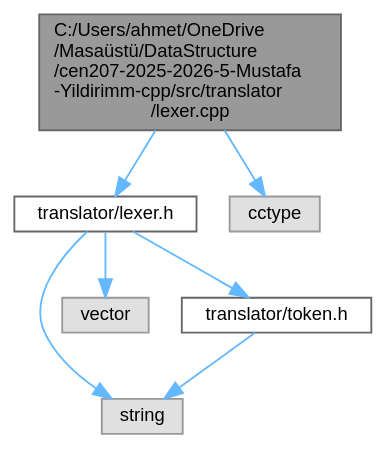
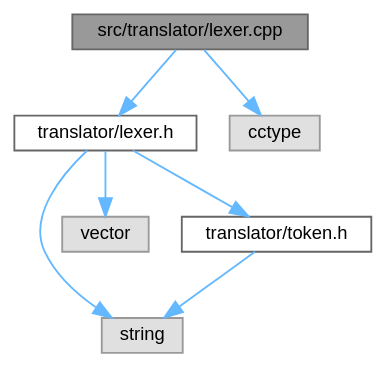
Before and after one commit to mustafayldrnn/cen207-2025-2026-5-Mustafa-Yildirimm-cpp: the diagram in docs/doxygenlibwin/rtf/lexer_8cpp__incl.dot, drawn with Graphviz. The commit also changed 861 other files, not shown here.

```diff
--- a/docs/doxygenlibwin/rtf/lexer_8cpp__incl.dot
+++ b/docs/doxygenlibwin/rtf/lexer_8cpp__incl.dot
@@ -1,20 +1,20 @@
-digraph "C:/Users/ahmet/OneDrive/Masaüstü/DataStructure/cen207-2025-2026-5-Mustafa-Yildirimm-cpp/src/translator/lexer.cpp"
+digraph "src/translator/lexer.cpp"
 {
  // INTERACTIVE_SVG=YES
  // LATEX_PDF_SIZE
   bgcolor="transparent";
   edge [fontname=Helvetica,fontsize=10,labelfontname=Helvetica,labelfontsize=10];
   node [fontname=Helvetica,fontsize=10,shape=box,height=0.2,width=0.4];
-  Node1 [id="Node000001",label="C:/Users/ahmet/OneDrive\l/Masaüstü/DataStructure\l/cen207-2025-2026-5-Mustafa\l-Yildirimm-cpp/src/translator\l/lexer.cpp",height=0.2,width=0.4,color="gray40", fillcolor="grey60", style="filled", fontcolor="black",tooltip=" "];
+  Node1 [id="Node000001",label="src/translator/lexer.cpp",height=0.2,width=0.4,color="gray40", fillcolor="grey60", style="filled", fontcolor="black",tooltip="Lexer uygulaması: girdi kaynağını Token listesine dönüştürür."];
   Node1 -> Node2 [id="edge13_Node000001_Node000002",color="steelblue1",style="solid",tooltip=" "];
-  Node2 [id="Node000002",label="translator/lexer.h",height=0.2,width=0.4,color="grey40", fillcolor="white", style="filled",URL="$lexer_8h.html",tooltip=" "];
+  Node2 [id="Node000002",label="translator/lexer.h",height=0.2,width=0.4,color="grey40", fillcolor="white", style="filled",URL="$lexer_8h.html",tooltip="BASIC benzeri dil için leksik analizci arabirimi."];
   Node2 -> Node3 [id="edge14_Node000002_Node000003",color="steelblue1",style="solid",tooltip=" "];
   Node3 [id="Node000003",label="string",height=0.2,width=0.4,color="grey60", fillcolor="#E0E0E0", style="filled",tooltip=" "];
   Node2 -> Node4 [id="edge15_Node000002_Node000004",color="steelblue1",style="solid",tooltip=" "];
   Node4 [id="Node000004",label="vector",height=0.2,width=0.4,color="grey60", fillcolor="#E0E0E0", style="filled",tooltip=" "];
   Node2 -> Node5 [id="edge16_Node000002_Node000005",color="steelblue1",style="solid",tooltip=" "];
-  Node5 [id="Node000005",label="translator/token.h",height=0.2,width=0.4,color="grey40", fillcolor="white", style="filled",URL="$token_8h.html",tooltip=" "];
+  Node5 [id="Node000005",label="translator/token.h",height=0.2,width=0.4,color="grey40", fillcolor="white", style="filled",URL="$token_8h.html",tooltip="Leksik belirteç türleri ve veri yapısı"];
   Node5 -> Node3 [id="edge17_Node000005_Node000003",color="steelblue1",style="solid",tooltip=" "];
   Node1 -> Node6 [id="edge18_Node000001_Node000006",color="steelblue1",style="solid",tooltip=" "];
   Node6 [id="Node000006",label="cctype",height=0.2,width=0.4,color="grey60", fillcolor="#E0E0E0", style="filled",tooltip=" "];
 }
```
